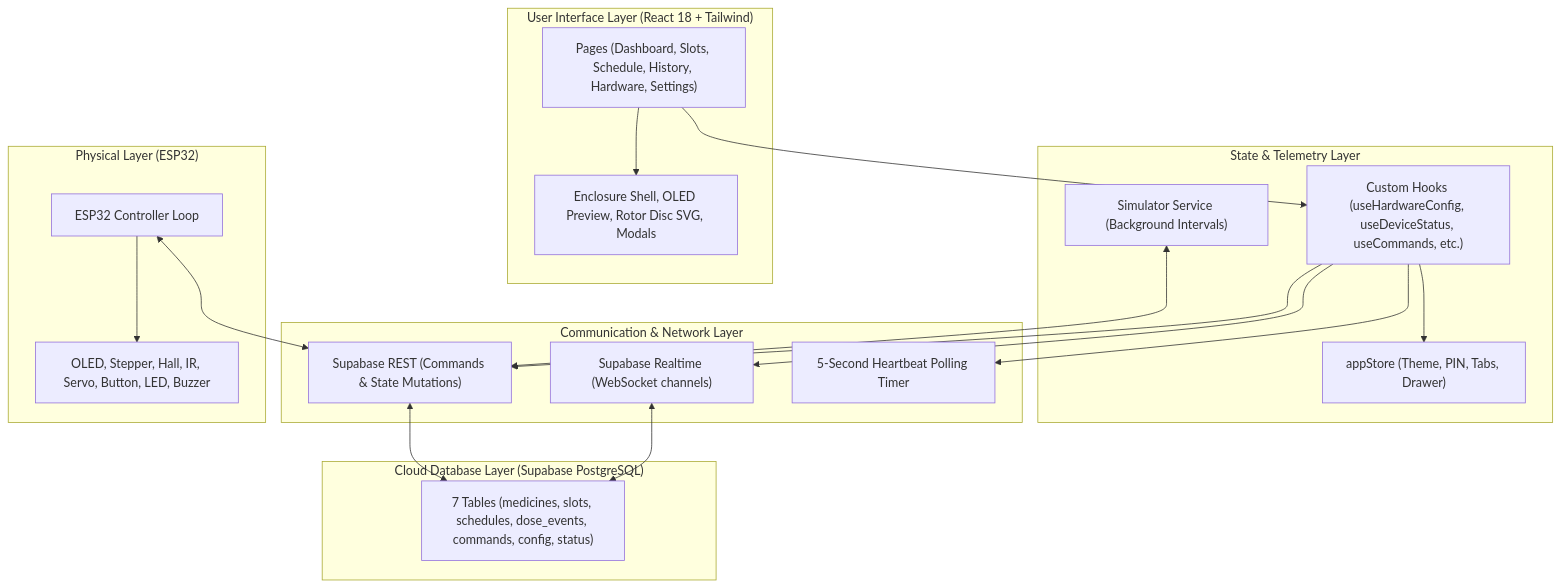
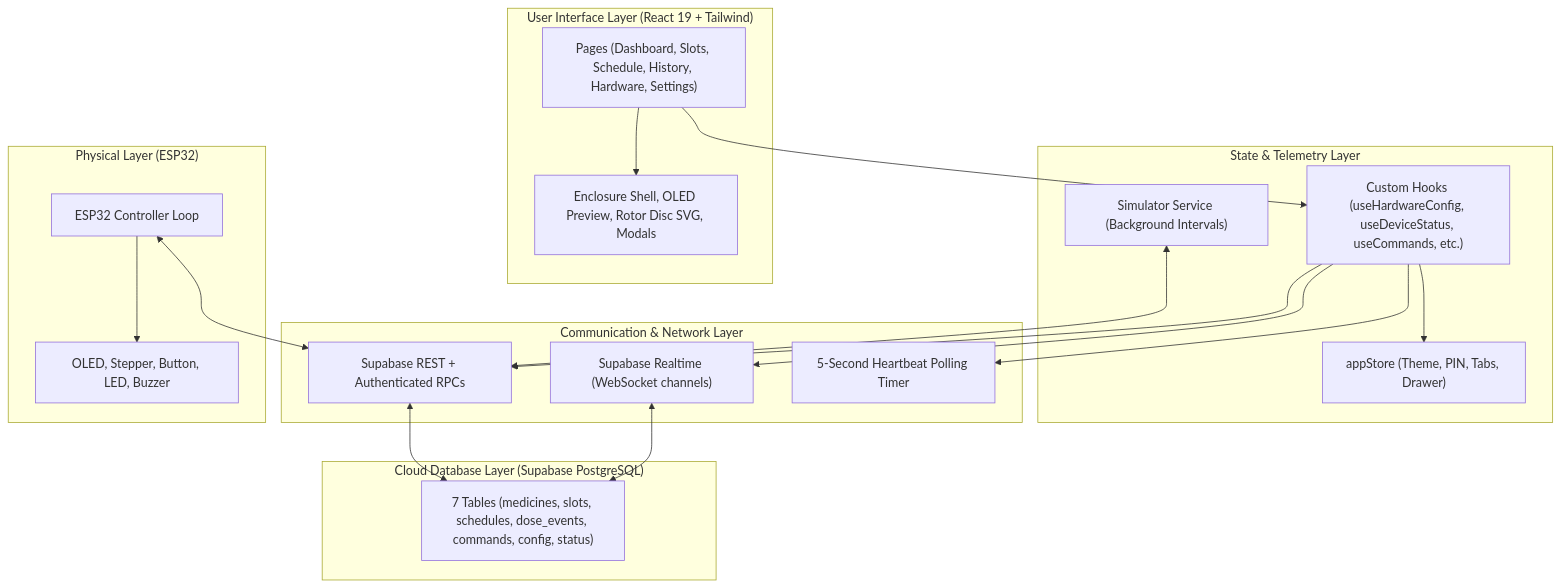
The first of 3 diagrams in docs/SYSTEM_ARCHITECTURE.md (vinith17-k/pixel-perfect-match), drawn with Mermaid before and after one commit. The commit also changed 33 other files, not shown here.

````diff
--- a/docs/SYSTEM_ARCHITECTURE.md
+++ b/docs/SYSTEM_ARCHITECTURE.md
@@ -9,40 +9,40 @@
 ```mermaid
 graph TD
-    subgraph UI_Layer["User Interface Layer (React 18 + Tailwind)"]
+    subgraph UI_Layer["User Interface Layer (React 19 + Tailwind)"]
         Pages["Pages (Dashboard, Slots, Schedule, History, Hardware, Settings)"]
         Components["Enclosure Shell, OLED Preview, Rotor Disc SVG, Modals"]
     end
 
     subgraph State_Layer["State & Telemetry Layer"]
         AppStore["appStore (Theme, PIN, Tabs, Drawer)"]
         Hooks["Custom Hooks (useHardwareConfig, useDeviceStatus, useCommands, etc.)"]
         Sim["Simulator Service (Background Intervals)"]
     end
 
     subgraph Comm_Layer["Communication & Network Layer"]
         RealtimeClient["Supabase Realtime (WebSocket channels)"]
-        RestClient["Supabase REST (Commands & State Mutations)"]
+        RestClient["Supabase REST + Authenticated RPCs"]
         Fallback["5-Second Heartbeat Polling Timer"]
     end
 
     subgraph Cloud_Layer["Cloud Database Layer (Supabase PostgreSQL)"]
         Tables["7 Tables (medicines, slots, schedules, dose_events, commands, config, status)"]
     end
 
     subgraph Hardware_Layer["Physical Layer (ESP32)"]
         ESP32["ESP32 Controller Loop"]
-        Peripherals["OLED, Stepper, Hall, IR, Servo, Button, LED, Buzzer"]
+        Peripherals["OLED, Stepper, Button, LED, Buzzer"]
     end
 
     Pages --> Components
     Pages --> Hooks
     Hooks --> AppStore
     Hooks --> RealtimeClient
     Hooks --> RestClient
     Hooks --> Fallback
     Sim <--> RestClient
     RealtimeClient <--> Tables
     RestClient <--> Tables
     ESP32 <--> RestClient
     ESP32 --> Peripherals
 ```
````
